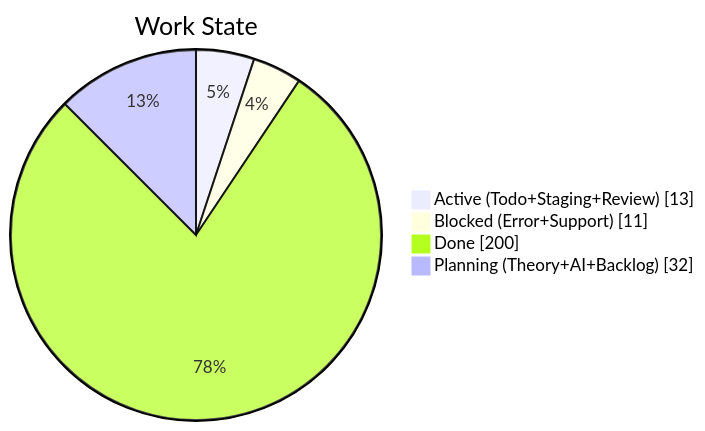
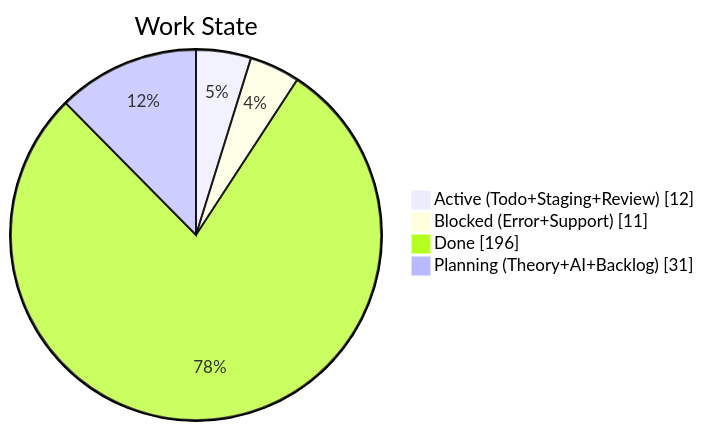
Before and after one commit to KBVE/kbve: the second of 4 diagrams in apps/kbve/astro-kbve/src/content/docs/dashboard/kanban-data.mdx, drawn with Mermaid. The commit also changed other lines of this file and 8 other files, not shown here.

````diff
--- a/apps/kbve/astro-kbve/src/content/docs/dashboard/kanban-data.mdx
+++ b/apps/kbve/astro-kbve/src/content/docs/dashboard/kanban-data.mdx
@@ -68,8 +68,8 @@
 ```mermaid
 pie showData
     title Work State
-    "Active (Todo+Staging+Review)" : 13
+    "Active (Todo+Staging+Review)" : 12
     "Blocked (Error+Support)" : 11
-    "Done" : 200
-    "Planning (Theory+AI+Backlog)" : 32
+    "Done" : 196
+    "Planning (Theory+AI+Backlog)" : 31
 ```
````
